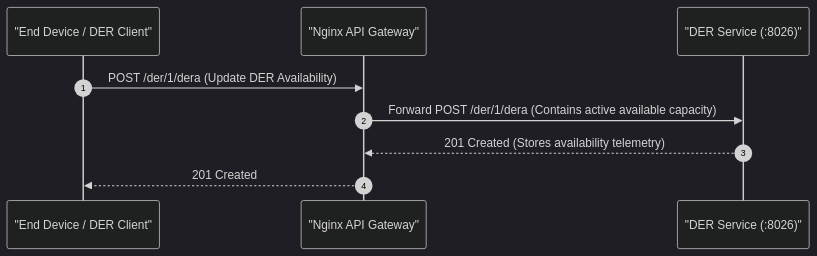
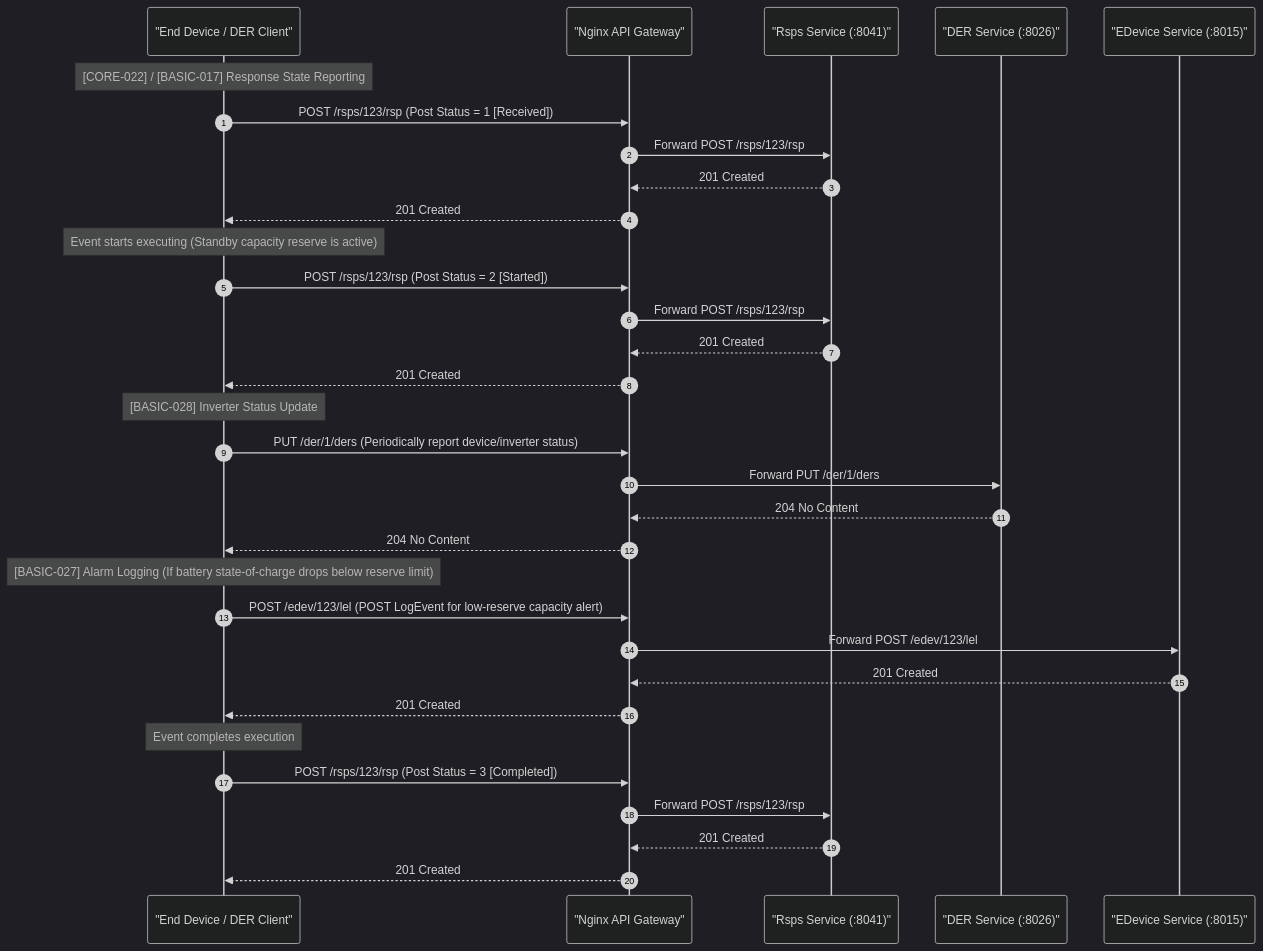
One commit to Tylores/egot changed the fifth of 6 diagrams in lifecycles/reserve.md. Above: the diagram before and after it, drawn with Mermaid (dark theme). The commit also changed other lines of this file and 68 other files, not shown here.

Commit message:
refactor: migrate to microservices architecture, add validation tools and scenario tests

````diff
--- a/lifecycles/reserve.md
+++ b/lifecycles/reserve.md
@@ -83,12 +130,39 @@
 ```mermaid
 sequenceDiagram
     autonumber
     participant Client as "End Device / DER Client"
     participant GW as "Nginx API Gateway"
+    participant RSPS as "Rsps Service (:8041)"
     participant DER as "DER Service (:8026)"
+    participant EDev as "EDevice Service (:8015)"
 
-    Client->>GW: POST /der/1/dera (Update DER Availability)
-    GW->>DER: Forward POST /der/1/dera (Contains active available capacity)
-    DER-->>GW: 201 Created (Stores availability telemetry)
+    Note over Client: [CORE-022] / [BASIC-017] Response State Reporting
+    Client->>GW: POST /rsps/123/rsp (Post Status = 1 [Received])
+    GW->>RSPS: Forward POST /rsps/123/rsp
+    RSPS-->>GW: 201 Created
+    GW-->>Client: 201 Created
+
+    Note over Client: Event starts executing (Standby capacity reserve is active)
+    Client->>GW: POST /rsps/123/rsp (Post Status = 2 [Started])
+    GW->>RSPS: Forward POST /rsps/123/rsp
+    RSPS-->>GW: 201 Created
+    GW-->>Client: 201 Created
+
+    Note over Client: [BASIC-028] Inverter Status Update
+    Client->>GW: PUT /der/1/ders (Periodically report device/inverter status)
+    GW->>DER: Forward PUT /der/1/ders
+    DER-->>GW: 204 No Content
+    GW-->>Client: 204 No Content
+
+    Note over Client: [BASIC-027] Alarm Logging (If battery state-of-charge drops below reserve limit)
+    Client->>GW: POST /edev/123/lel (POST LogEvent for low-reserve capacity alert)
+    GW->>EDev: Forward POST /edev/123/lel
+    EDev-->>GW: 201 Created
+    GW-->>Client: 201 Created
+
+    Note over Client: Event completes execution
+    Client->>GW: POST /rsps/123/rsp (Post Status = 3 [Completed])
+    GW->>RSPS: Forward POST /rsps/123/rsp
+    RSPS-->>GW: 201 Created
     GW-->>Client: 201 Created
 ```
````
